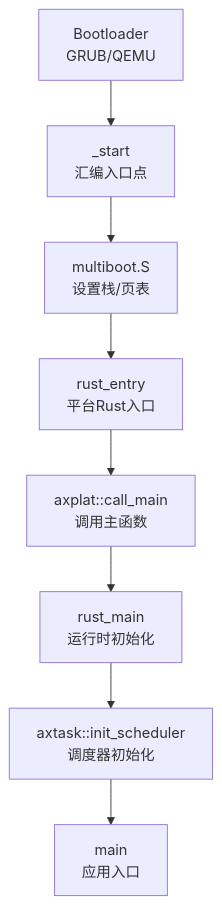
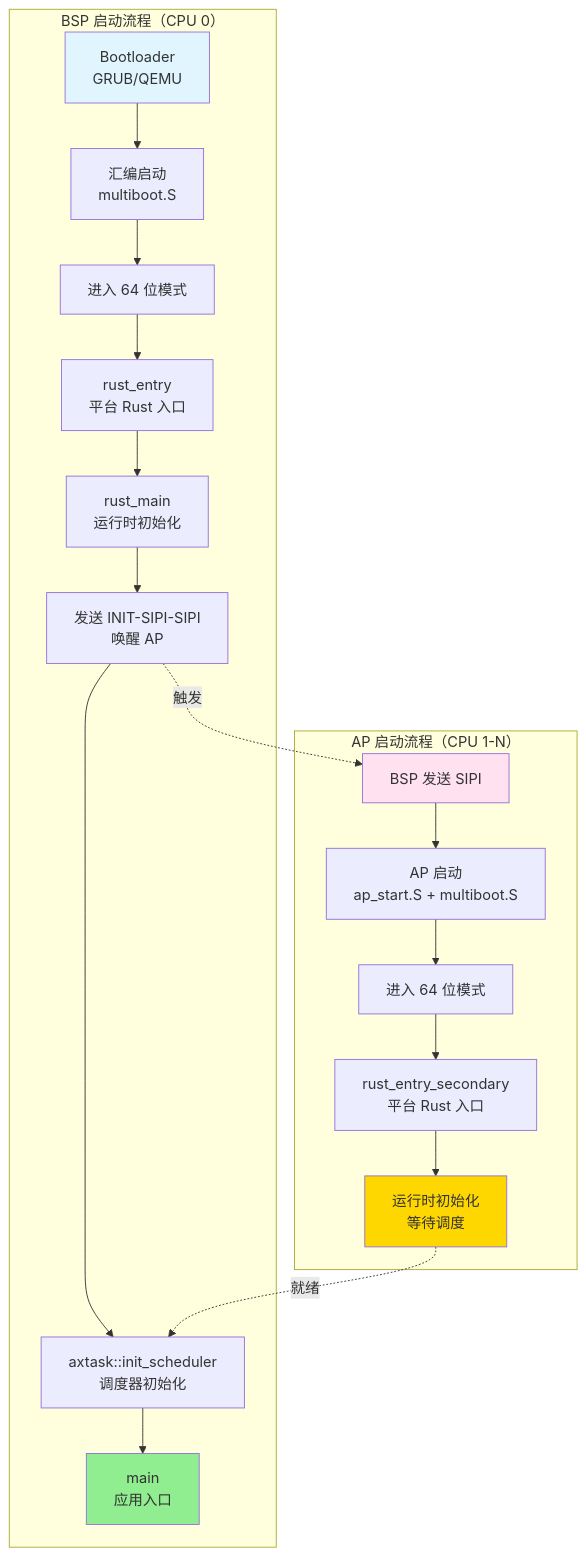
Before and after one commit to arceos-hypervisor/axvisor: the second of 6 diagrams in doc/00_AXVISOR_STARTUP.md, drawn with Mermaid. The commit also changed other lines of this file, not shown here.

````diff
--- a/doc/00_AXVISOR_STARTUP.md
+++ b/doc/00_AXVISOR_STARTUP.md
@@ -233,10 +235,27 @@
 ```mermaid
 graph TD
-    A[Bootloader<br/>GRUB/QEMU] --> B[_start<br/>汇编入口点]
-    B --> C[multiboot.S<br/>设置栈/页表]
-    C --> D[rust_entry<br/>平台Rust入口]
-    D --> E[axplat::call_main<br/>调用主函数]
-    E --> F[rust_main<br/>运行时初始化]
-    F --> G[axtask::init_scheduler<br/>调度器初始化]
-    G --> H[main<br/>应用入口]
+    subgraph "BSP 启动流程（CPU 0）"
+        A1[Bootloader<br/>GRUB/QEMU] --> B1[汇编启动<br/>multiboot.S]
+        B1 --> C1[进入 64 位模式]
+        C1 --> D1[rust_entry<br/>平台 Rust 入口]
+        D1 --> E1[rust_main<br/>运行时初始化]
+        E1 --> F1[发送 INIT-SIPI-SIPI<br/>唤醒 AP]
+        F1 --> G1[axtask::init_scheduler<br/>调度器初始化]
+        G1 --> H1[main<br/>应用入口]
+    end
+
+    subgraph "AP 启动流程（CPU 1-N）"
+        A2[BSP 发送 SIPI] --> B2[AP 启动<br/>ap_start.S + multiboot.S]
+        B2 --> C2[进入 64 位模式]
+        C2 --> D2[rust_entry_secondary<br/>平台 Rust 入口]
+        D2 --> E2[运行时初始化<br/>等待调度]
+    end
+
+    F1 -.->|触发| A2
+    E2 -.->|就绪| G1
+
+    style A1 fill:#e1f5ff
+    style A2 fill:#ffe1f0
+    style H1 fill:#90EE90
+    style E2 fill:#FFD700
 ```
````
